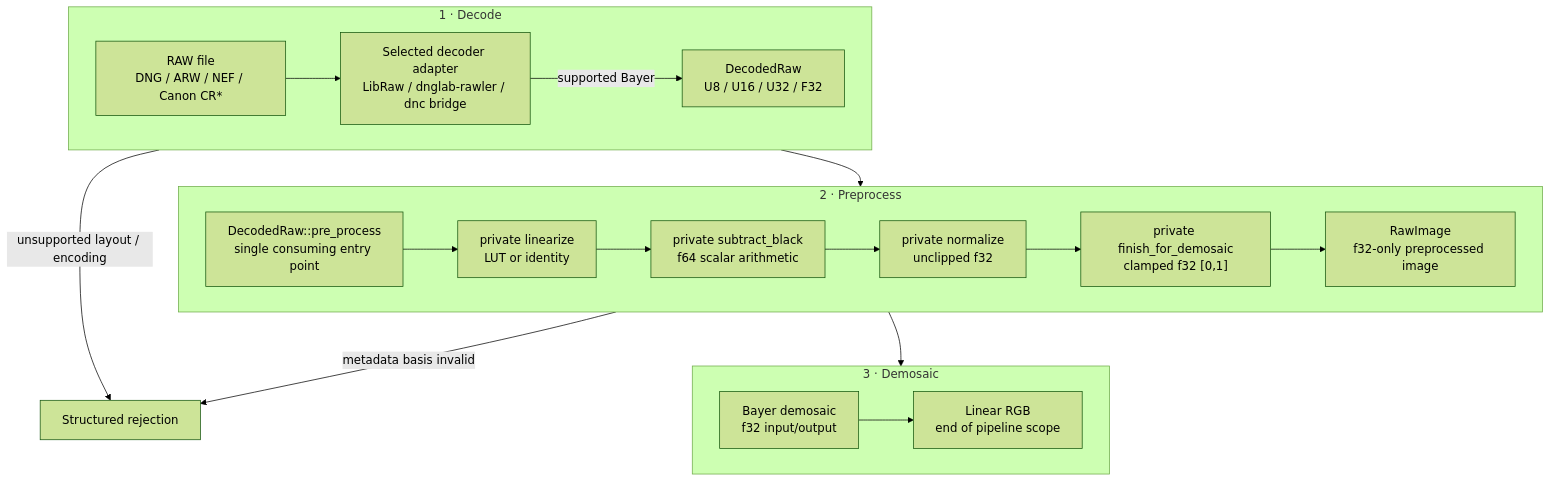
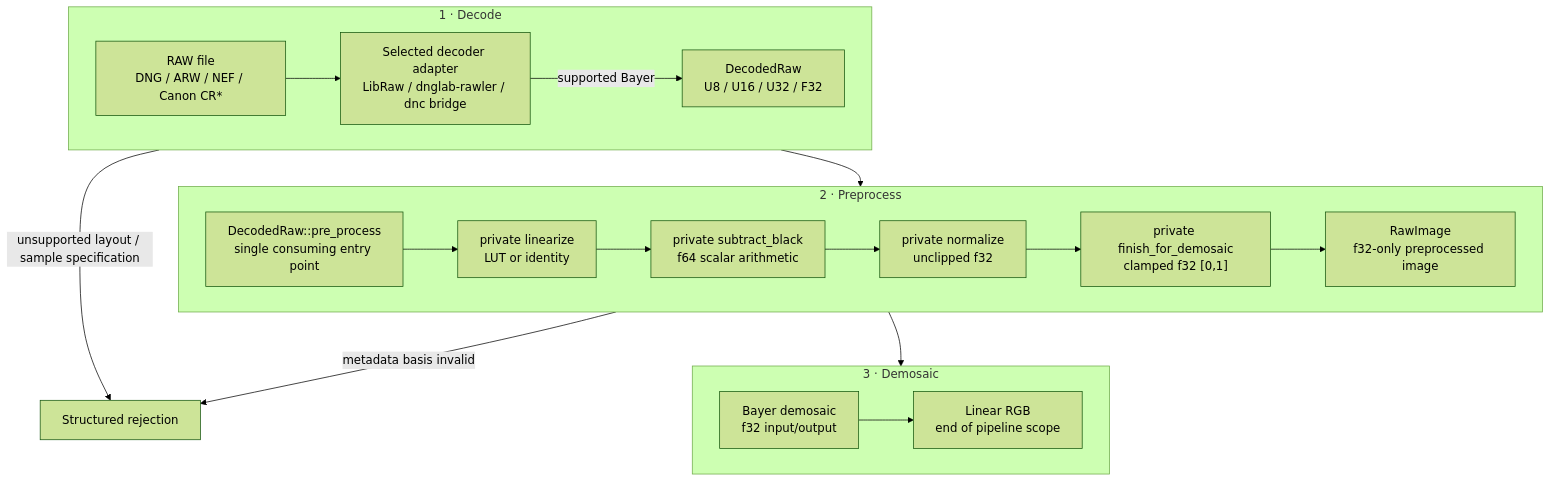
The diagram in docs/raw-pipeline/raw-image-process.md (Glatzel/fornax), drawn with Mermaid (forest theme) before and after one commit. The commit also changed other lines of this file and 11 other files, not shown here.

Commit message:
refactor(impl-core-001): rename sample encoding to sample spec

````diff
--- a/docs/raw-pipeline/raw-image-process.md
+++ b/docs/raw-pipeline/raw-image-process.md
@@ -10,37 +10,37 @@
 ```mermaid
 flowchart TB
     subgraph DecodePhase["1 · Decode"]
         direction LR
         File["RAW file\nDNG / ARW / NEF / Canon CR*"]
         Adapter["Selected decoder adapter\nLibRaw / dnglab-rawler / dnc bridge"]
         Decoded["DecodedRaw\nU8 / U16 / U32 / F32"]
         File --> Adapter
         Adapter -->|supported Bayer| Decoded
     end
 
     subgraph PreprocessPhase["2 · Preprocess"]
         direction LR
         Preprocess["DecodedRaw::pre_process\nsingle consuming entry point"]
         Linear["private linearize\nLUT or identity"]
         Subtract["private subtract_black\nf64 scalar arithmetic"]
         Normalize["private normalize\nunclipped f32"]
         Finish["private finish_for_demosaic\nclamped f32 [0,1]"]
         Ready["RawImage\nf32-only preprocessed image"]
 
         Decoded --> Preprocess
         Preprocess --> Linear --> Subtract --> Normalize --> Finish --> Ready
     end
 
     subgraph DemosaicPhase["3 · Demosaic"]
         direction LR
         Demosaic["Bayer demosaic\nf32 input/output"]
         Done["Linear RGB\nend of pipeline scope"]
         Demosaic --> Done
     end
 
     Reject["Structured rejection"]
 
-    Adapter -->|unsupported layout / encoding| Reject
+    Adapter -->|unsupported layout / sample specification| Reject
     Preprocess -->|metadata basis invalid| Reject
     Ready --> Demosaic
 ```
````
